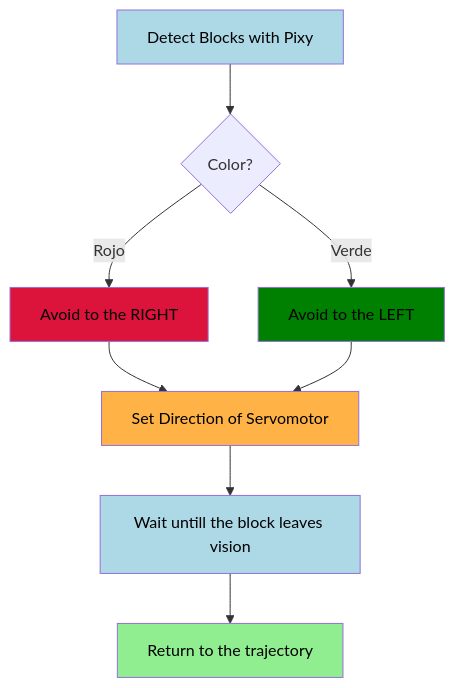
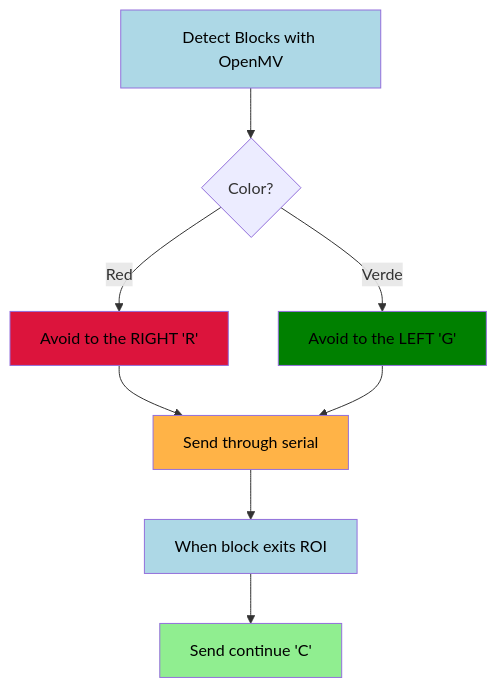
One commit to vd-wro/VD26 changed the third of 3 diagrams in docs/01_project_overview.md. Above: the diagram before and after it, drawn with Mermaid. The commit also changed other lines of this file, not shown here.

Commit message:
Update Mermaid Diagram
Updated the decision flow and diagram to reflect changes in color detection and obstacle checks with OpenMV.

````diff
--- a/docs/01_project_overview.md
+++ b/docs/01_project_overview.md
@@ -152,18 +152,18 @@
 ```mermaid
 graph TD
-    E_A["Detect Blocks with Pixy"] --> E_B{"Color?"}
-    E_B -- Rojo --> E_C["Avoid to the RIGHT"]
-    E_B -- Verde --> E_D["Avoid to the LEFT"]
-    E_C --> E_E["Set Direction of Servomotor"]
+    E_A["Detect Blocks with OpenMV"] --> E_B{"Color?"}
+    E_B -- Red --> E_C["Avoid to the RIGHT 'R'"]
+    E_B -- Verde --> E_D["Avoid to the LEFT 'G'"]
+    E_C --> E_E["Send through serial"]
     E_D --> E_E
-    E_E --> E_F["Wait untill the block leaves vision"]
-    E_F --> E_G["Return to the trajectory"]
+    E_E --> E_F["When block exits ROI"]
+    E_F --> E_G["Send continue 'C'"]
 
     %% Styling
     style E_A fill:#ADD8E6,color:black
     style E_C fill:#DC143C,color:black
     style E_D fill:#008000,color:black
     style E_E fill:#FFB347,color:black
     style E_F fill:#ADD8E6,color:black
     style E_G fill:#90EE90,color:black
 ```
````
